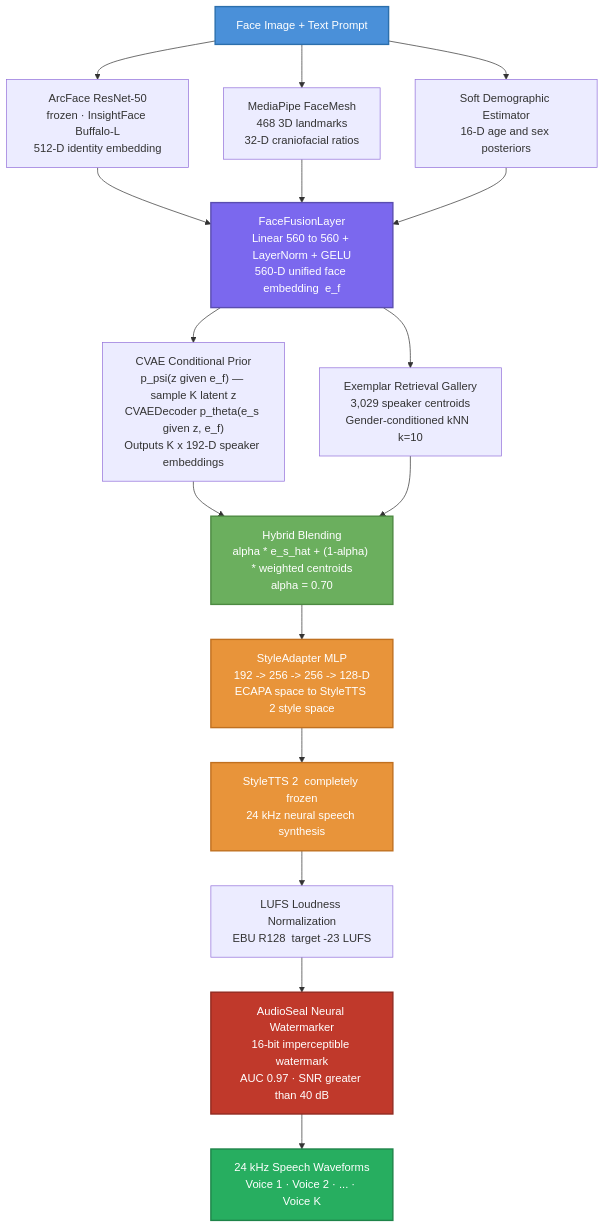
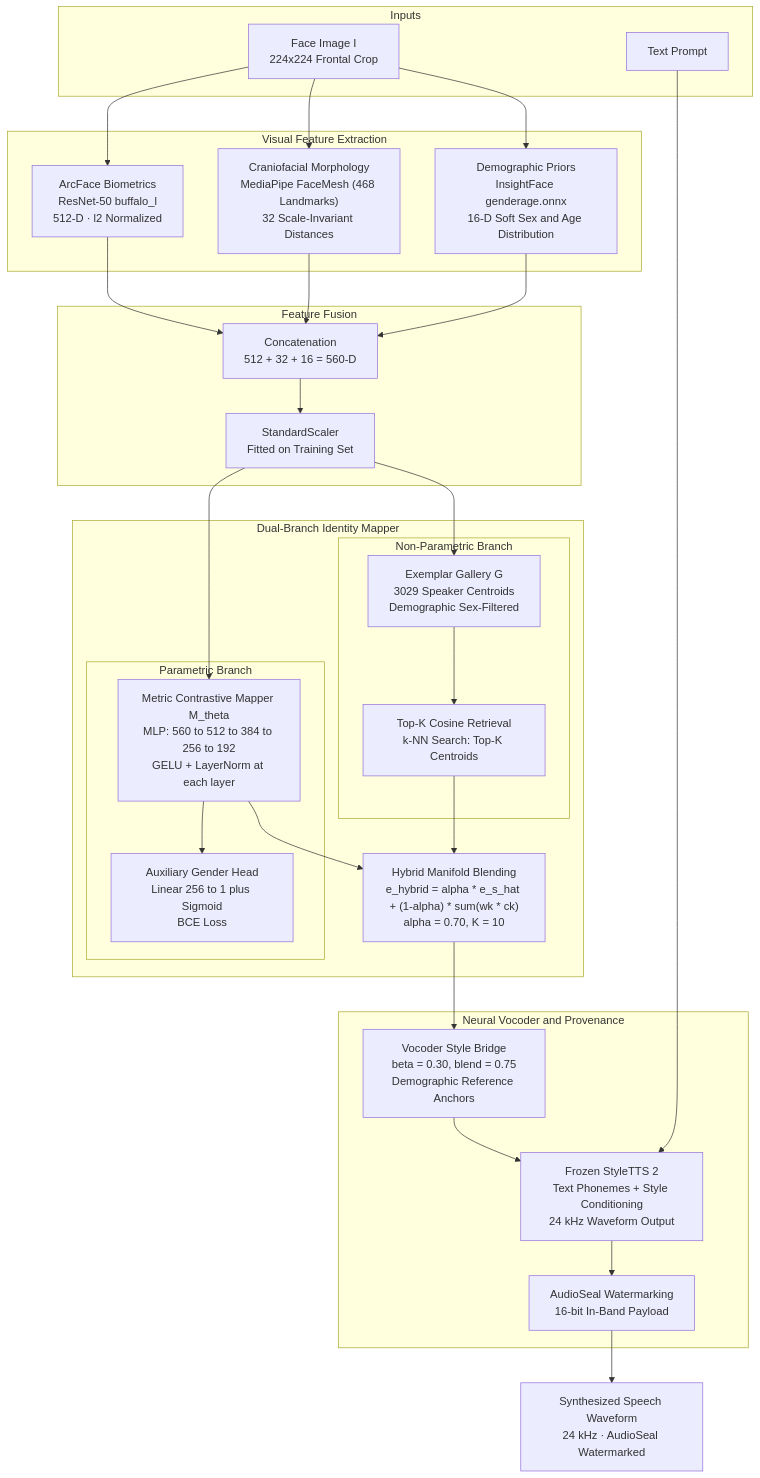
One commit to AdityaWagh19/Voix-F2S-System changed the fourth of 5 diagrams in README.md. Above: the diagram before and after it, drawn with Mermaid. The commit also changed other lines of this file, not shown here.

````diff
--- a/README.md
+++ b/README.md
@@ -34,34 +102,55 @@
 ```mermaid
 flowchart TD
-    IMG["Face Image + Text Prompt"]
+    subgraph INPUTS["Inputs"]
+        IMG["Face Image I<br/>224x224 Frontal Crop"]
+        TXT["Text Prompt"]
+    end
 
-    IMG --> ARC["ArcFace ResNet-50\nfrozen · InsightFace Buffalo-L\n512-D identity embedding"]
-    IMG --> MESH["MediaPipe FaceMesh\n468 3D landmarks\n32-D craniofacial ratios"]
-    IMG --> DEMO["Soft Demographic Estimator\n16-D age and sex posteriors"]
+    subgraph VISUAL["Visual Feature Extraction"]
+        ARC["ArcFace Biometrics<br/>ResNet-50 buffalo_l<br/>512-D · l2 Normalized"]
+        MORPH["Craniofacial Morphology<br/>MediaPipe FaceMesh (468 Landmarks)<br/>32 Scale-Invariant Distances"]
+        DEMOG["Demographic Priors<br/>InsightFace genderage.onnx<br/>16-D Soft Sex and Age Distribution"]
+    end
 
-    ARC  --> FUSE["FaceFusionLayer\nLinear 560 to 560 + LayerNorm + GELU\n560-D unified face embedding  e_f"]
-    MESH --> FUSE
-    DEMO --> FUSE
+    subgraph FUSION["Feature Fusion"]
+        CONCAT["Concatenation<br/>512 + 32 + 16 = 560-D"]
+        SCALE["StandardScaler<br/>Fitted on Training Set"]
+    end
 
-    FUSE --> CVAE["CVAE Conditional Prior\np_psi(z given e_f) — sample K latent z\nCVAEDecoder p_theta(e_s given z, e_f)\nOutputs K x 192-D speaker embeddings"]
-    FUSE --> RET["Exemplar Retrieval Gallery\n3,029 speaker centroids\nGender-conditioned kNN  k=10"]
+    subgraph MAPPER["Dual-Branch Identity Mapper"]
+        subgraph PARAM["Parametric Branch"]
+            MLP["Metric Contrastive Mapper M_theta<br/>MLP: 560 to 512 to 384 to 256 to 192<br/>GELU + LayerNorm at each layer"]
+            GHEAD["Auxiliary Gender Head<br/>Linear 256 to 1 plus Sigmoid<br/>BCE Loss"]
+            MLP --> GHEAD
+        end
+        subgraph NONPARAM["Non-Parametric Branch"]
+            GAL["Exemplar Gallery G<br/>3029 Speaker Centroids<br/>Demographic Sex-Filtered"]
+            KNN["Top-K Cosine Retrieval<br/>k-NN Search: Top-K Centroids"]
+            GAL --> KNN
+        end
+        BLEND["Hybrid Manifold Blending<br/>e_hybrid = alpha * e_s_hat + (1-alpha) * sum(wk * ck)<br/>alpha = 0.70, K = 10"]
+        MLP --> BLEND
+        KNN --> BLEND
+    end
 
-    CVAE --> BLEND["Hybrid Blending\nalpha * e_s_hat + (1-alpha) * weighted centroids\nalpha = 0.70"]
-    RET  --> BLEND
+    subgraph SYNTH["Neural Vocoder and Provenance"]
+        BRIDGE["Vocoder Style Bridge<br/>beta = 0.30, blend = 0.75<br/>Demographic Reference Anchors"]
+        TTS["Frozen StyleTTS 2<br/>Text Phonemes + Style Conditioning<br/>24 kHz Waveform Output"]
+        WM["AudioSeal Watermarking<br/>16-bit In-Band Payload"]
+        BRIDGE --> TTS
+        TTS --> WM
+    end
 
-    BLEND --> ADAPT["StyleAdapter MLP\n192 -> 256 -> 256 -> 128-D\nECAPA space to StyleTTS 2 style space"]
-
-    ADAPT --> TTS["StyleTTS 2  completely frozen\n24 kHz neural speech synthesis"]
-
-    TTS   --> LUFS["LUFS Loudness Normalization\nEBU R128  target -23 LUFS"]
-    LUFS  --> WM["AudioSeal Neural Watermarker\n16-bit imperceptible watermark\nAUC 0.97 · SNR greater than 40 dB"]
-    WM    --> OUT["24 kHz Speech Waveforms\nVoice 1 · Voice 2 · ... · Voice K"]
-
-    style IMG   fill:#4A90D9,color:#fff,stroke:#2C6FAC,stroke-width:2px
-    style FUSE  fill:#7B68EE,color:#fff,stroke:#5A4DB0,stroke-width:2px
-    style BLEND fill:#6BAF5E,color:#fff,stroke:#4D8A42,stroke-width:2px
-    style ADAPT fill:#E8943A,color:#fff,stroke:#C07020,stroke-width:2px
-    style TTS   fill:#E8943A,color:#fff,stroke:#C07020,stroke-width:2px
-    style WM    fill:#C0392B,color:#fff,stroke:#922B21,stroke-width:2px
-    style OUT   fill:#27AE60,color:#fff,stroke:#1E8449,stroke-width:2px
+    IMG --> ARC
+    IMG --> MORPH
+    IMG --> DEMOG
+    ARC --> CONCAT
+    MORPH --> CONCAT
+    DEMOG --> CONCAT
+    CONCAT --> SCALE
+    SCALE --> MLP
+    SCALE --> GAL
+    BLEND --> BRIDGE
+    TXT --> TTS
+    WM --> OUT["Synthesized Speech Waveform<br/>24 kHz · AudioSeal Watermarked"]
 ```
````
